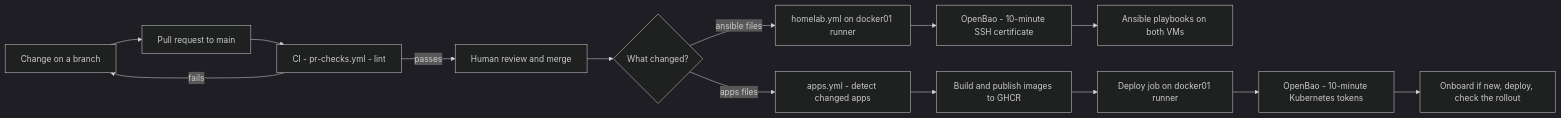
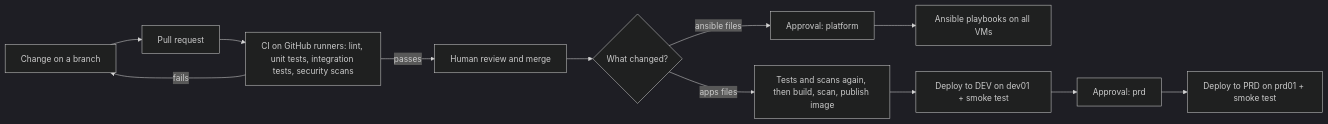
One commit to Zulhardy/homelab changed the second of 2 diagrams in README.md. Above: the diagram before and after it, drawn with Mermaid (dark theme). The commit also changed other lines of this file and 42 other files, not shown here.

````diff
--- a/README.md
+++ b/README.md
@@ -128,16 +130,14 @@
 ```mermaid
 flowchart LR
-    A["Change on a branch"] --> B["Pull request to main"]
-    B --> C["CI - pr-checks.yml - lint"]
+    A["Change on a branch"] --> B["Pull request"]
+    B --> C["CI on GitHub runners: lint, unit tests, integration tests, security scans"]
     C -->|"fails"| A
     C -->|"passes"| D["Human review and merge"]
     D --> E{"What changed?"}
-    E -->|"ansible files"| F["homelab.yml on docker01 runner"]
-    F --> F2["OpenBao - 10-minute SSH certificate"]
-    F2 --> F3["Ansible playbooks on both VMs"]
-    E -->|"apps files"| G["apps.yml - detect changed apps"]
-    G --> H["Build and publish images to GHCR"]
-    H --> J["Deploy job on docker01 runner"]
-    J --> K["OpenBao - 10-minute Kubernetes tokens"]
-    K --> I["Onboard if new, deploy, check the rollout"]
+    E -->|"ansible files"| F["Approval: platform"]
+    F --> F2["Ansible playbooks on all VMs"]
+    E -->|"apps files"| G["Tests and scans again, then build, scan, publish image"]
+    G --> H["Deploy to DEV on dev01 + smoke test"]
+    H --> I["Approval: prd"]
+    I --> J["Deploy to PRD on prd01 + smoke test"]
 ```
````
